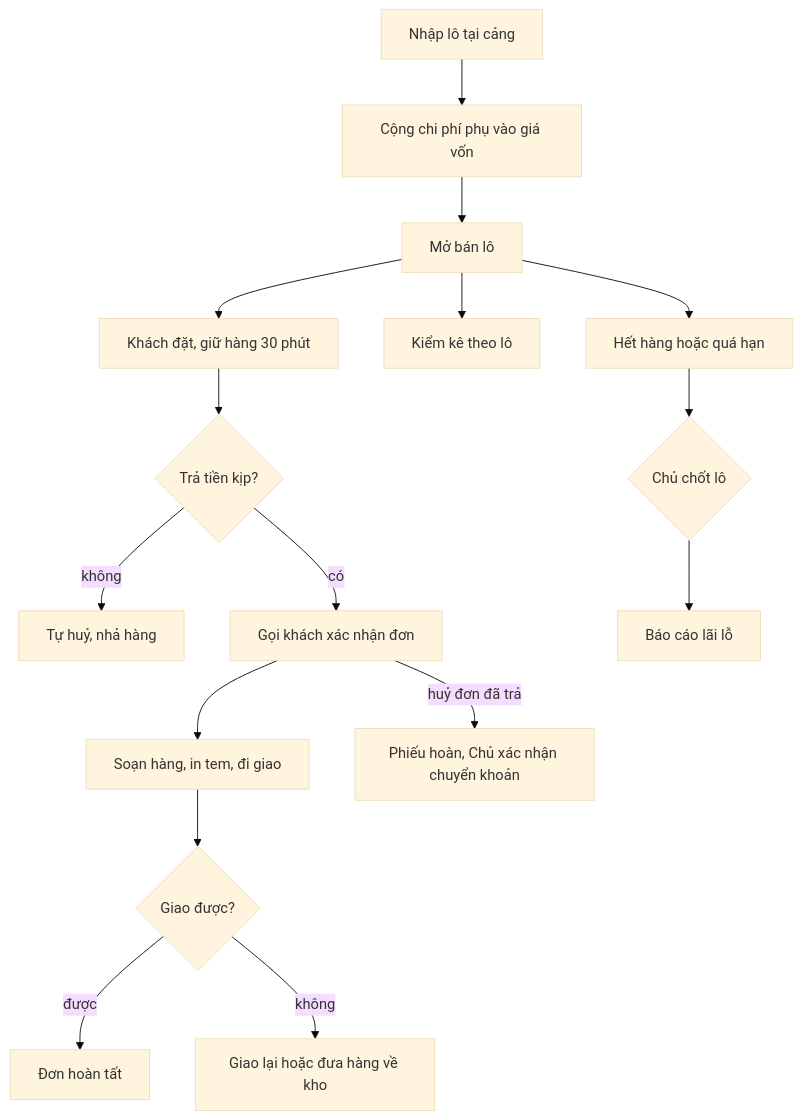
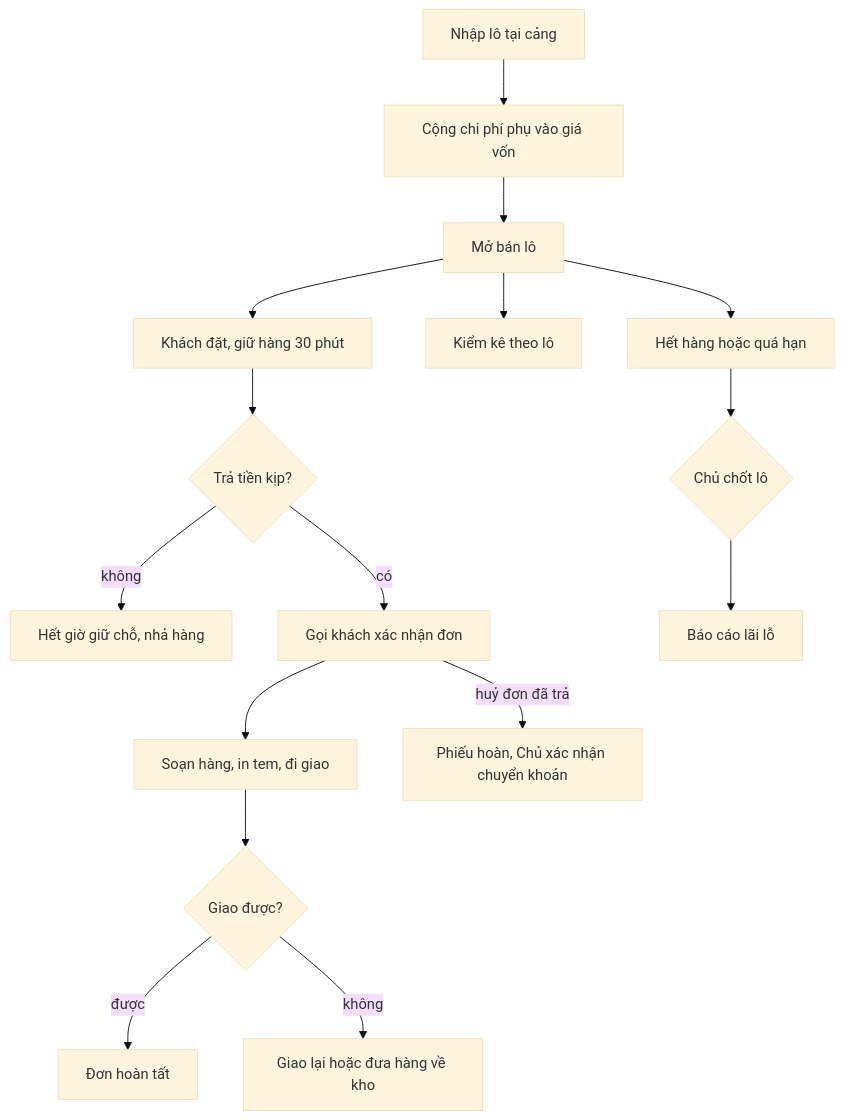
One commit to DuyduyFedev46/fish changed the first of 2 diagrams in doc/he-thong/nghiep-vu.md. Above: the diagram before and after it, drawn with Mermaid (base theme). The commit also changed other lines of this file and 86 other files, not shown here.

````diff
--- a/doc/he-thong/nghiep-vu.md
+++ b/doc/he-thong/nghiep-vu.md
@@ -7,18 +7,18 @@
 ```mermaid
 flowchart TD
   A["Nhập lô tại cảng"] --> B["Cộng chi phí phụ vào giá vốn"]
   B --> C["Mở bán lô"]
   C --> D["Khách đặt, giữ hàng 30 phút"]
   D --> E{"Trả tiền kịp?"}
-  E -- "không" --> F["Tự huỷ, nhả hàng"]
+  E -- "không" --> F["Hết giờ giữ chỗ, nhả hàng"]
   E -- "có" --> G["Gọi khách xác nhận đơn"]
   G --> H["Soạn hàng, in tem, đi giao"]
   H --> I{"Giao được?"}
   I -- "được" --> J["Đơn hoàn tất"]
   I -- "không" --> K["Giao lại hoặc đưa hàng về kho"]
   G -- "huỷ đơn đã trả" --> L["Phiếu hoàn, Chủ xác nhận chuyển khoản"]
   C --> M["Kiểm kê theo lô"]
   C --> N["Hết hàng hoặc quá hạn"]
   N --> O{"Chủ chốt lô"}
   O --> P["Báo cáo lãi lỗ"]
 ```
````
